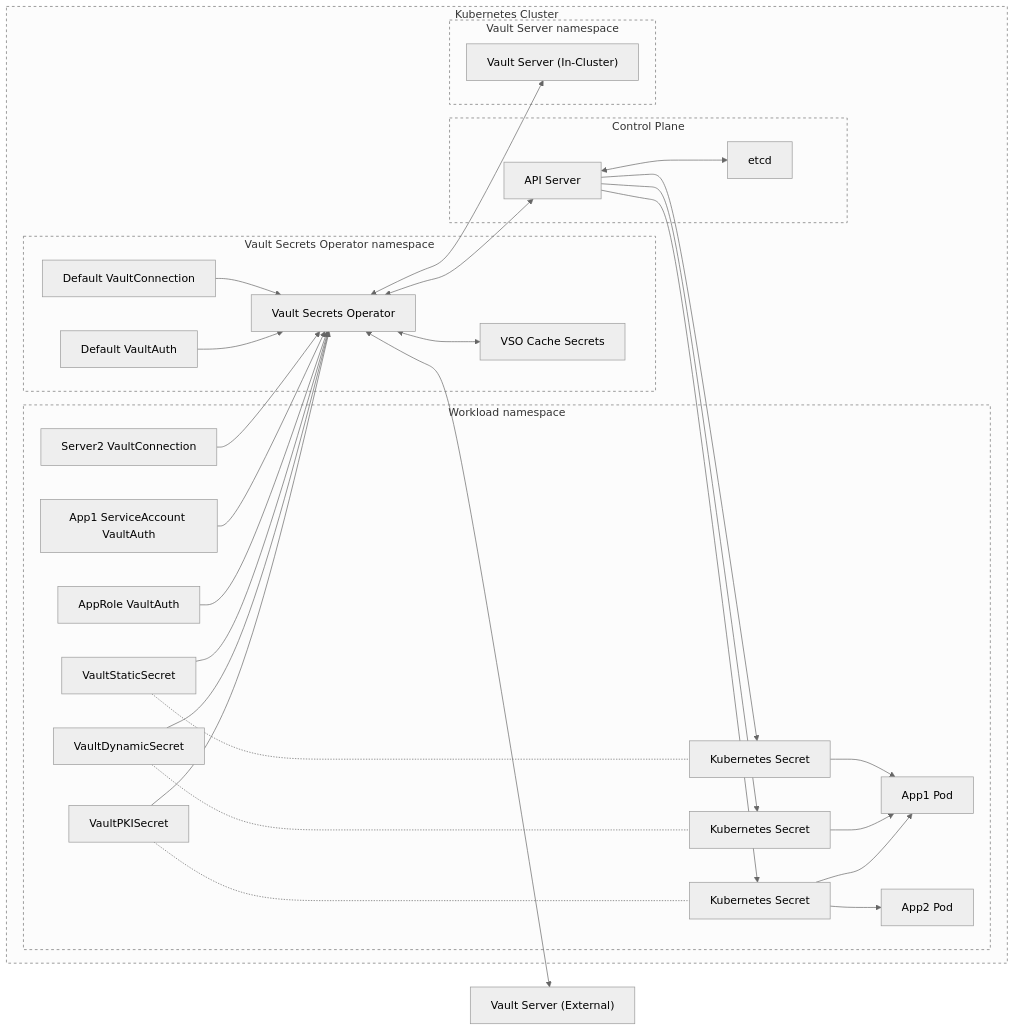
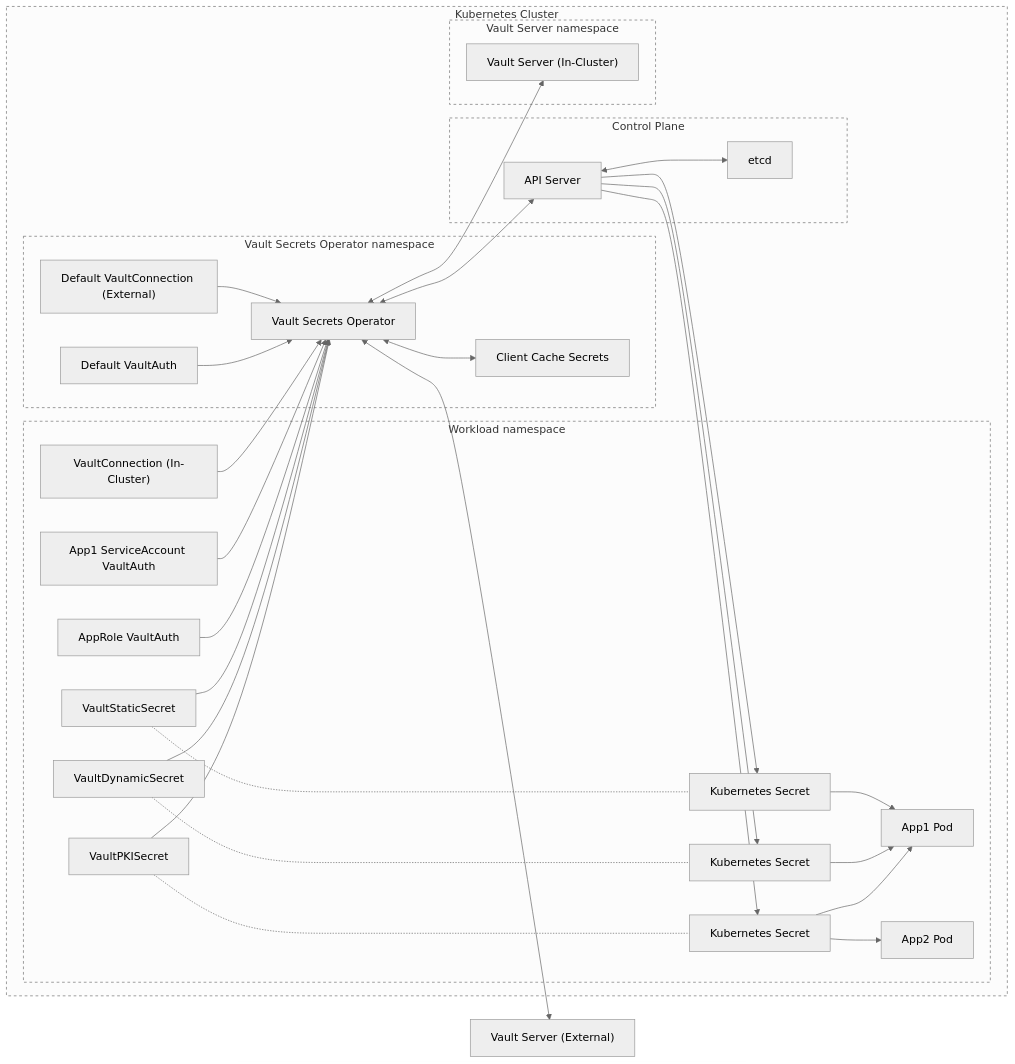
The diagram in docs/threat-model/README.md (hashicorp/vault-secrets-operator), drawn with Mermaid before and after one commit. The commit also changed other lines of this file, not shown here.

Commit message:
Small tweaks to diagram and client cache encryption wording

````diff
--- a/docs/threat-model/README.md
+++ b/docs/threat-model/README.md
@@ -32,69 +32,69 @@
 ```mermaid
 %%{ init: { 'theme':'neutral', 'flowchart': { 'curve': 'basis' } } }%%
 flowchart LR
     subgraph k8s-sg[Kubernetes Cluster]
         subgraph vso-sg[Vault Secrets Operator namespace]
             vso["Vault Secrets Operator"]
-            vso-cache["VSO Cache Secrets"]
-            vaultconn-default["Default VaultConnection"]
+            vso-cache["Client Cache Secrets"]
+            vaultconn-default["Default VaultConnection (External)"]
             vaultauth-default["Default VaultAuth"]
         end
         subgraph workload-sg[Workload namespace]
-            vaultconn-server2["Server2 VaultConnection"]
+            vaultconn-server2["VaultConnection (In-Cluster)"]
             vaultauth-app1["App1 ServiceAccount VaultAuth"]
             vaultauth-approle["AppRole VaultAuth"]
 
             vss["VaultStaticSecret"]
             vds["VaultDynamicSecret"]
             vps["VaultPKISecret"]
             k8s-secret-1["Kubernetes Secret"]
             k8s-secret-2["Kubernetes Secret"]
             k8s-secret-3["Kubernetes Secret"]
             
             app1["App1 Pod"]
             app2["App2 Pod"]
         end
         subgraph cp-sg[Control Plane]
             apiserver["API Server"]
             etcd
         end
         subgraph vault-sg[Vault Server namespace]
             vault-ext["Vault Server (In-Cluster)"]
         end
     end
     vault["Vault Server (External)"]
 
     vso <--> vault
     vso <--> apiserver
     vso<-->vso-cache
     vaultconn-default-->vso
     vaultauth-default-->vso
     vaultconn-server2-->vso
     vaultauth-app1-->vso
     vaultauth-approle-->vso
     vss --> vso
     vds --> vso
     vps --> vso
     vss -.- k8s-secret-1
     vds -.- k8s-secret-2
     vps -.- k8s-secret-3
     apiserver --> k8s-secret-1
     apiserver --> k8s-secret-2
     apiserver --> k8s-secret-3
     k8s-secret-1 --> app1
     k8s-secret-2 --> app1
     k8s-secret-3 --> app1
     k8s-secret-3 --> app2
     apiserver<-->etcd
     vso <--> vault-ext
 
     classDef trustboundary stroke-dasharray: 4
 
     class k8s-sg trustboundary
     class vso-sg trustboundary
     class workload-sg trustboundary
     class vault-sg trustboundary
     class cp-sg trustboundary
     class k8s-sg trustboundary
 
 ```
````
